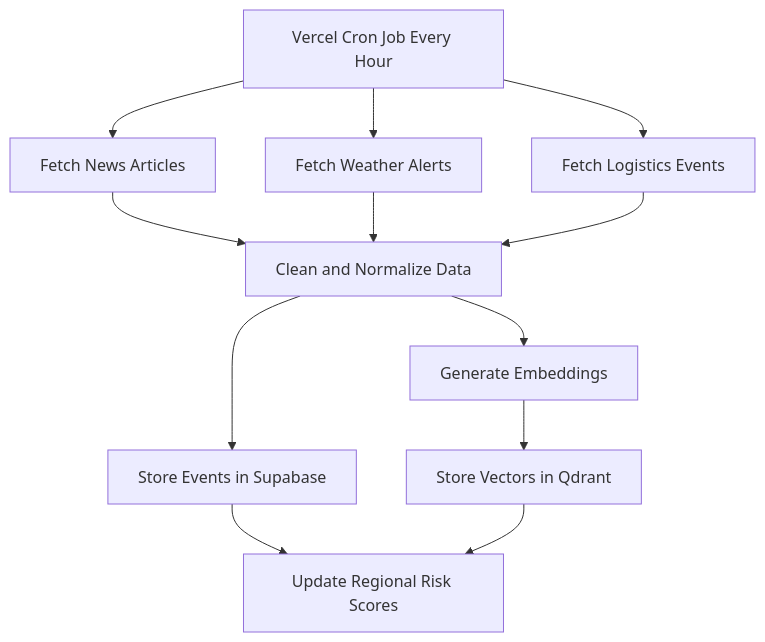
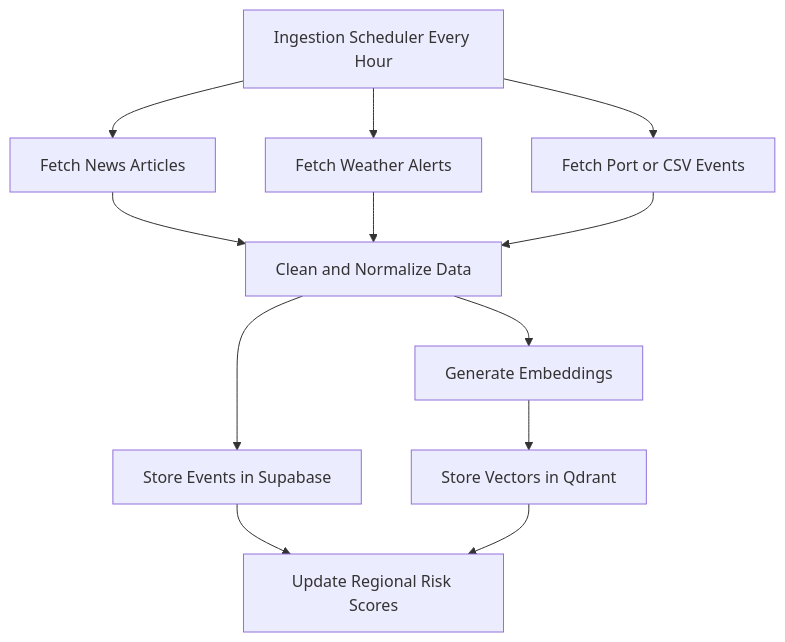
Before and after one commit to shima-maleki/SupplyChainOracle: the second of 9 diagrams in docs/architecture.md, drawn with Mermaid. The commit also changed other lines of this file and 2 other files, not shown here.

Commit message:
adding updated PRD and architecture

````diff
--- a/docs/architecture.md
+++ b/docs/architecture.md
@@ -119,24 +127,24 @@
 ```mermaid
 flowchart TD
-    Cron[Vercel Cron Job Every Hour]
+    Scheduler[Ingestion Scheduler Every Hour]
     FetchNews[Fetch News Articles]
     FetchWeather[Fetch Weather Alerts]
-    FetchLogistics[Fetch Logistics Events]
+    FetchPorts[Fetch Port or CSV Events]
     Normalize[Clean and Normalize Data]
     StoreEvents[Store Events in Supabase]
     Embed[Generate Embeddings]
     StoreVectors[Store Vectors in Qdrant]
     Score[Update Regional Risk Scores]
 
-    Cron --> FetchNews
-    Cron --> FetchWeather
-    Cron --> FetchLogistics
+    Scheduler --> FetchNews
+    Scheduler --> FetchWeather
+    Scheduler --> FetchPorts
     FetchNews --> Normalize
     FetchWeather --> Normalize
-    FetchLogistics --> Normalize
+    FetchPorts --> Normalize
     Normalize --> StoreEvents
     Normalize --> Embed
     Embed --> StoreVectors
     StoreEvents --> Score
     StoreVectors --> Score
 ```
````
